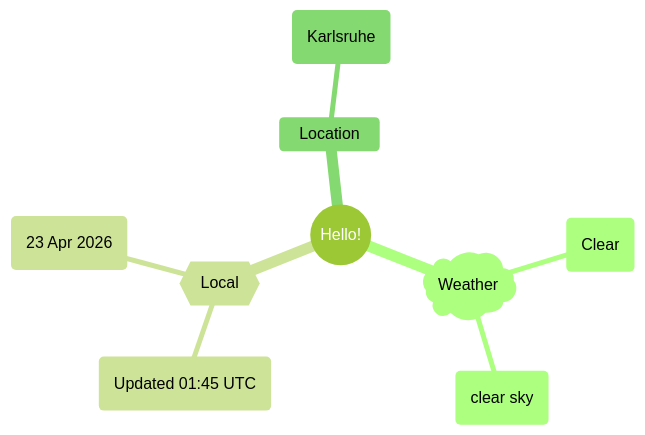
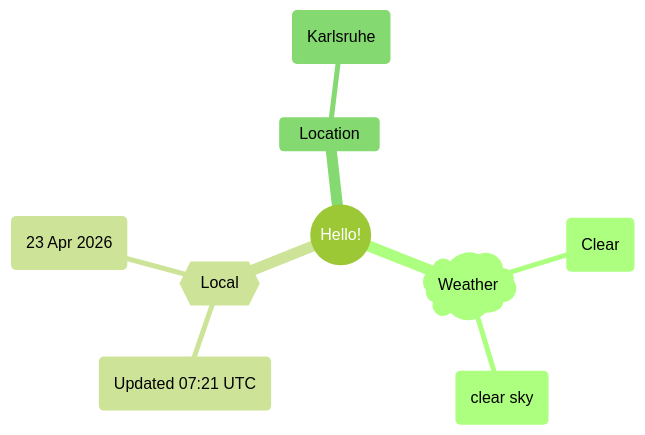
One commit to Xosrov/Xosrov changed the first of 2 diagrams in README.md. Above: the diagram before and after it, drawn with Mermaid (forest theme).

Commit message:
[bot] updated images

````diff
--- a/README.md
+++ b/README.md
@@ -3,12 +3,12 @@
 ```mermaid
 mindmap
   root((Hello!))
     )Weather(
         (Clear)
         (clear sky)
     {{Local}}
-        (Updated 01:45 UTC)
+        (Updated 07:21 UTC)
         (23 Apr 2026)
     Location
         (Karlsruhe)
 ```
````
